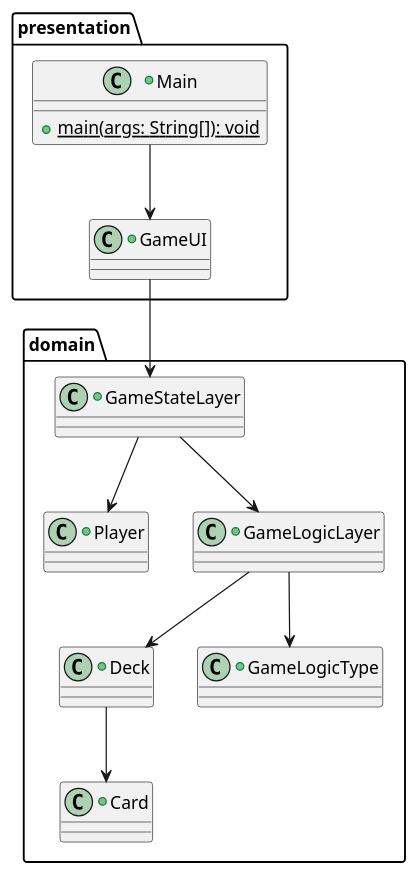
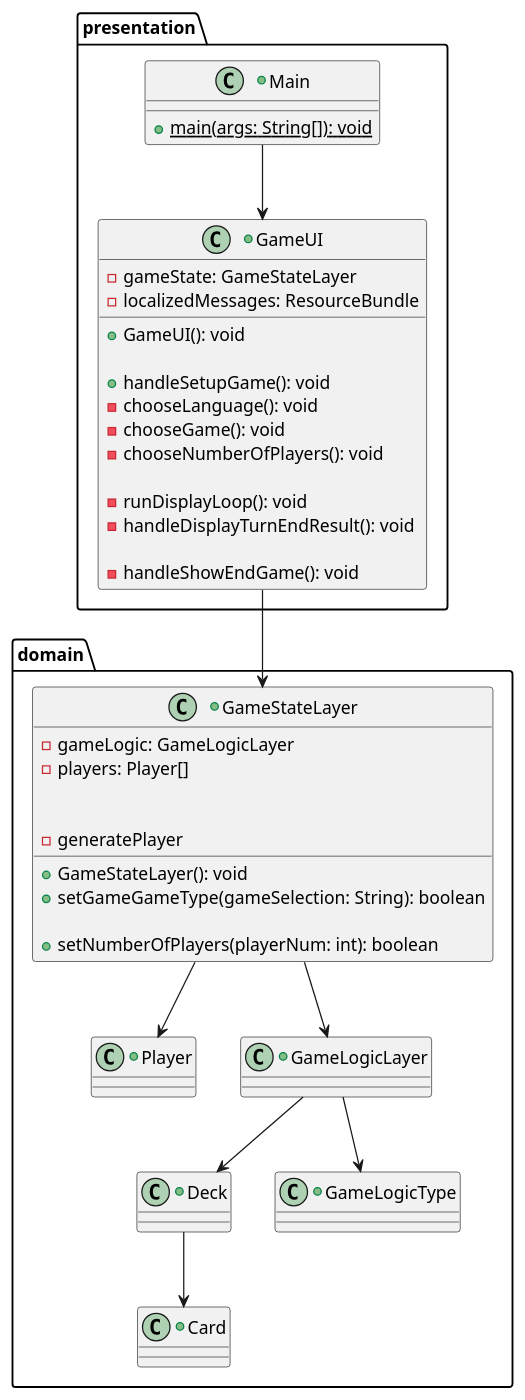
One commit to nu-cs-sw-design/project-20252601-clai_finalproject changed the diagram in codebase/docs/design/new.puml. Above: the diagram before and after it, drawn with PlantUML.

Commit message:
added some functions for base skeleton

```diff
--- a/codebase/docs/design/new.puml
+++ b/codebase/docs/design/new.puml
@@ -1,44 +1,66 @@
 @startuml
 package presentation {
     +class Main {
         +{static}main(args: String[]): void
     }
 
     +class GameUI {
+        -gameState: GameStateLayer
+        -localizedMessages: ResourceBundle
 
+        +GameUI(): void
+
+        +handleSetupGame(): void
+        -chooseLanguage(): void
+        -chooseGame(): void
+        -chooseNumberOfPlayers(): void
+
+        -runDisplayLoop(): void
+        -handleDisplayTurnEndResult(): void
+
+        -handleShowEndGame(): void
     }
 }
 
 package domain {
     +class GameStateLayer {
+        -gameLogic: GameLogicLayer
+        -players: Player[]
+
+        +GameStateLayer(): void
+        +setGameGameType(gameSelection: String): boolean
+
+        +setNumberOfPlayers(playerNum: int): boolean
+        -generatePlayer
+
 
     }
     +class Player {
 
     }
     +class GameLogicLayer {
 
     }
     +class Deck {
 
     }
     +class Card {
 
     }
     +class GameLogicType {
 
     }
 }
 
 Main-->GameUI
 
 GameUI-->GameStateLayer
 GameStateLayer-->Player
 GameStateLayer-->GameLogicLayer
 
 GameLogicLayer-->GameLogicType
 GameLogicLayer-->Deck
 
 Deck-->Card
 
 @enduml
```
